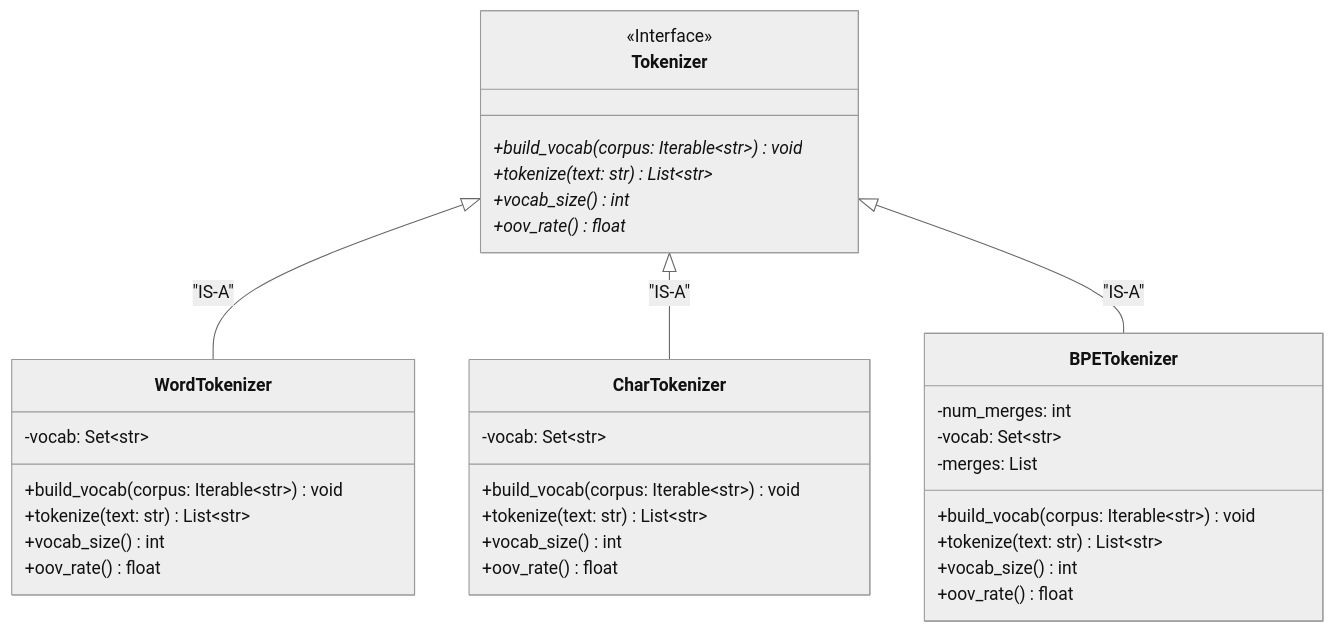
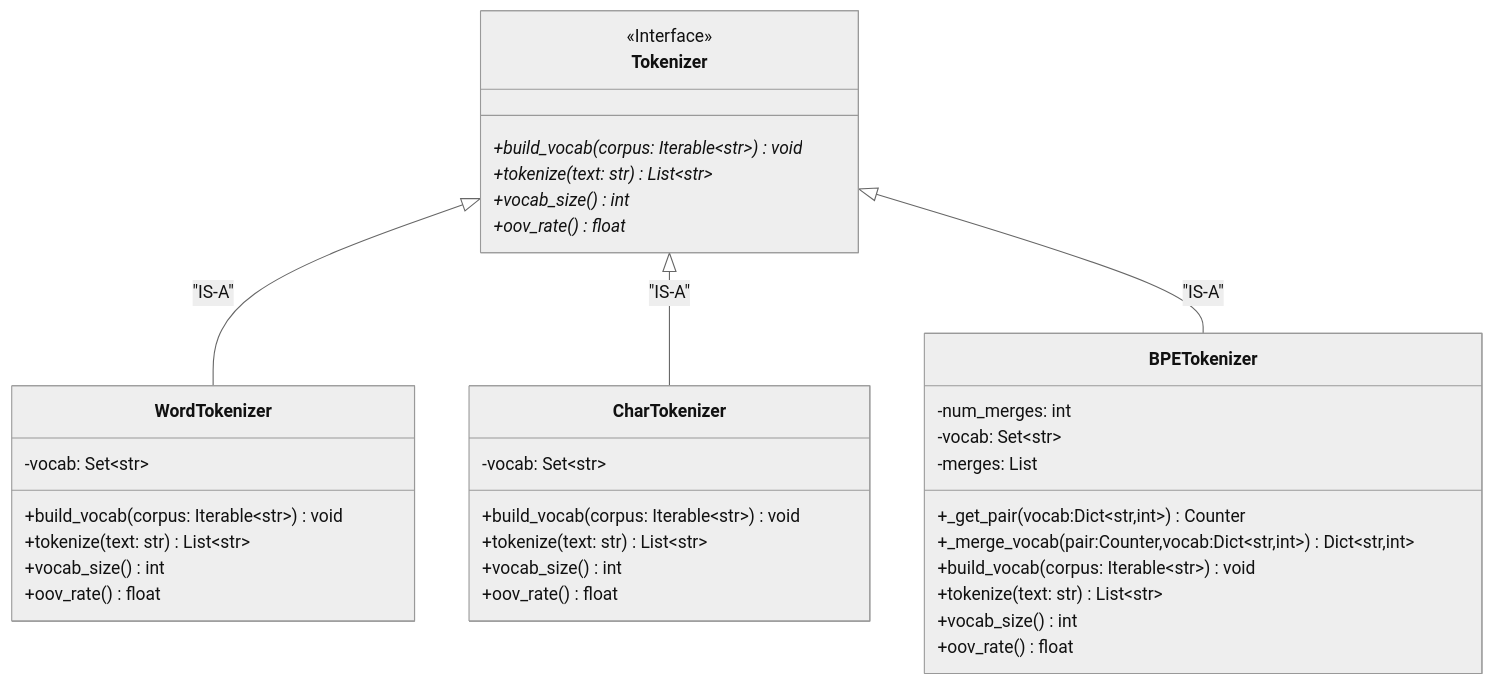
Before and after one commit to C792/TokenizerDraft: the diagram in README.md, drawn with Mermaid (neutral theme).

Commit message:
Assignment Complete

````diff
--- a/README.md
+++ b/README.md
@@ -1,46 +1,48 @@
 ```mermaid
 
 classDiagram
     direction TB
 
     class Tokenizer {
         <<Interface>>
         +build_vocab(corpus: Iterable~str~) void*
         +tokenize(text: str) List~str~*
         +vocab_size() int*
         +oov_rate() float*
     }
     
 
     class WordTokenizer {
         -vocab: Set~str~
         +build_vocab(corpus: Iterable~str~) void
         +tokenize(text: str) List~str~
         +vocab_size() int
         +oov_rate() float
     }
 
     class CharTokenizer {
         -vocab: Set~str~
         +build_vocab(corpus: Iterable~str~) void
         +tokenize(text: str) List~str~
         +vocab_size() int
         +oov_rate() float
     }
 
     class BPETokenizer {
         -num_merges: int
         -vocab: Set~str~
         -merges: List
+        +_get_pair(vocab:Dict~str,int~) Counter
+        +_merge_vocab(pair:Counter,vocab:Dict~str,int~) Dict~str,int~
         +build_vocab(corpus: Iterable~str~) void
         +tokenize(text: str) List~str~
         +vocab_size() int
         +oov_rate() float
     }
     
 
     Tokenizer <|-- WordTokenizer : "IS-A"
     Tokenizer <|-- CharTokenizer : "IS-A"
     Tokenizer <|-- BPETokenizer : "IS-A"
 
 ```
````
